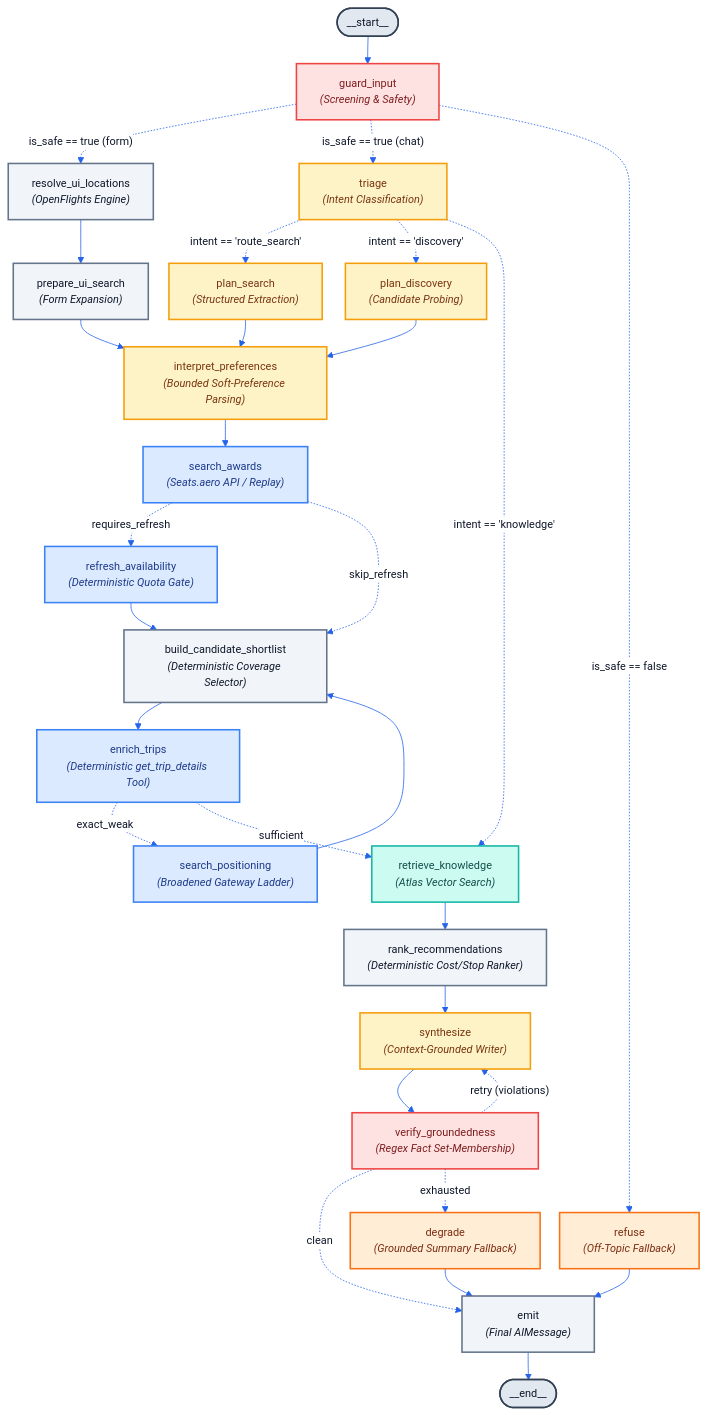
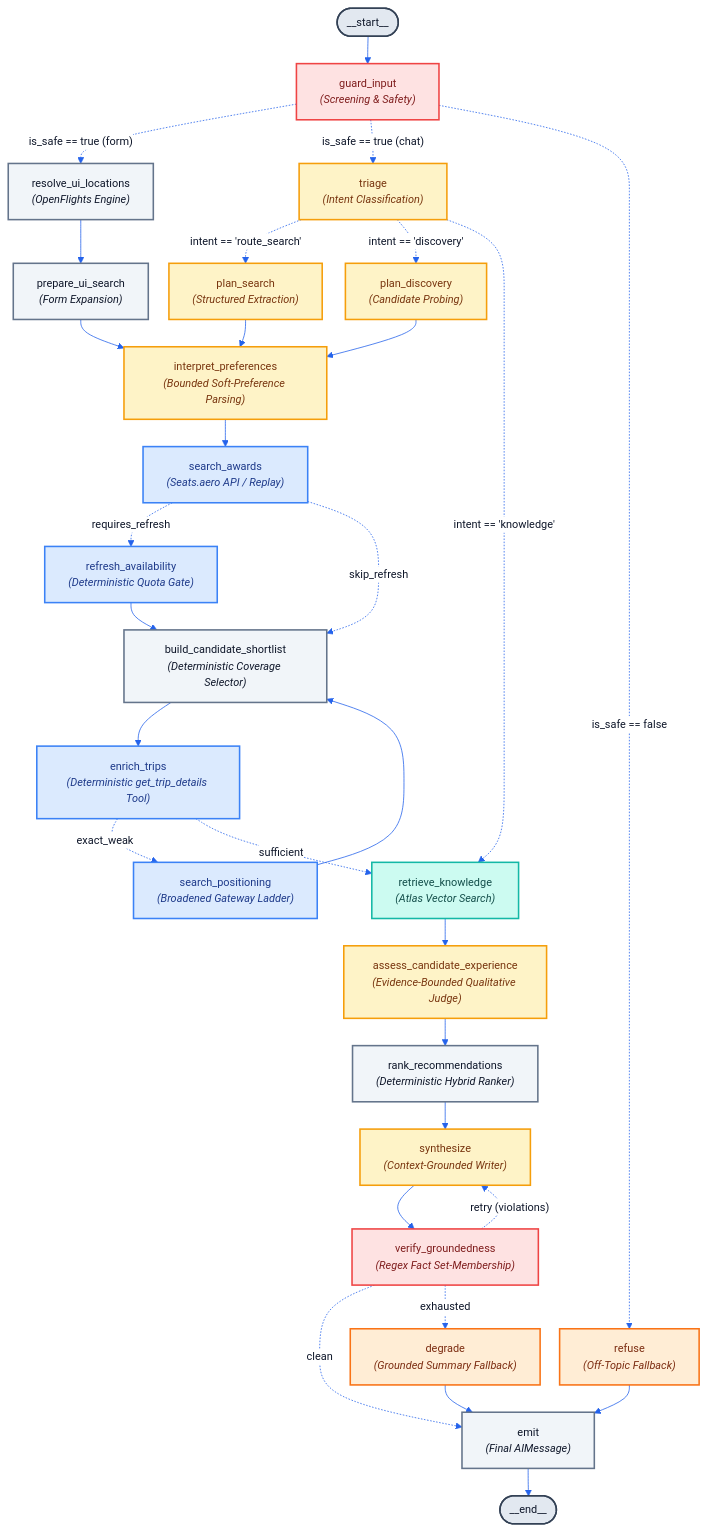
The second of 3 diagrams in Architecture.md (david-vest/award-travel-agent), drawn with Mermaid before and after one commit. The commit also changed other lines of this file and 41 other files, not shown here.

Commit message:
feat: implement evidence-based candidate assessment and expand knowledge base frontmatter dimensions

```diff
--- a/Architecture.md
+++ b/Architecture.md
@@ -117,7 +117,8 @@
   Shortlist["build_candidate_shortlist<br/><i>(Deterministic Coverage Selector)</i>"]:::detNode
   
   RAG["retrieve_knowledge<br/><i>(Atlas Vector Search)</i>"]:::ragNode
-  Rank["rank_recommendations<br/><i>(Deterministic Cost/Stop Ranker)</i>"]:::detNode
+  Assess["assess_candidate_experience<br/><i>(Evidence-Bounded Qualitative Judge)</i>"]:::llmNode
+  Rank["rank_recommendations<br/><i>(Deterministic Hybrid Ranker)</i>"]:::detNode
   Synthesize["synthesize<br/><i>(Context-Grounded Writer)</i>"]:::llmNode
   Verify["verify_groundedness<br/><i>(Regex Fact Set-Membership)</i>"]:::guardNode
   Degrade["degrade<br/><i>(Grounded Summary Fallback)</i>"]:::refuseNode
@@ -152,7 +153,8 @@
   Enrich -.->|"sufficient"| RAG
   Position --> Shortlist
   
-  RAG --> Rank
+  RAG --> Assess
+  Assess --> Rank
   Rank --> Synthesize
   Synthesize --> Verify
   
```
